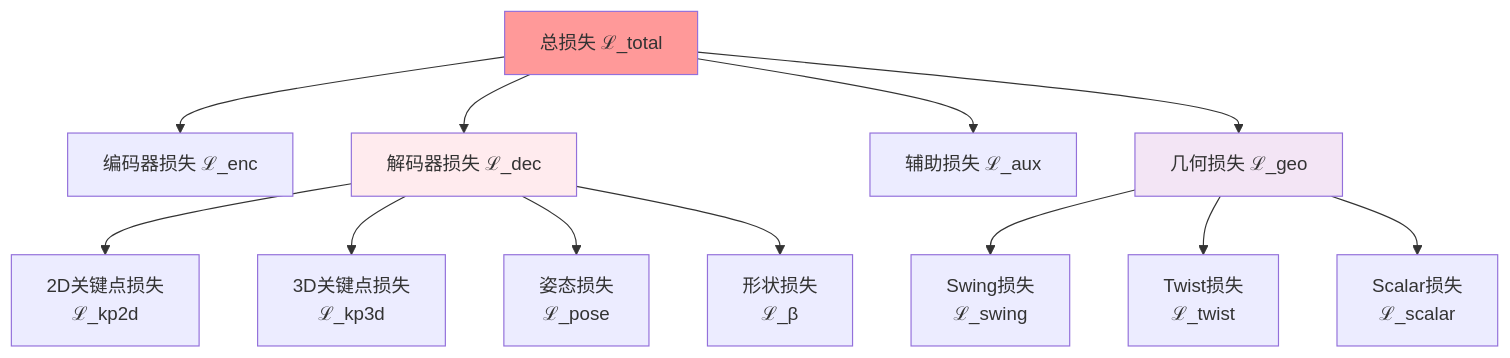
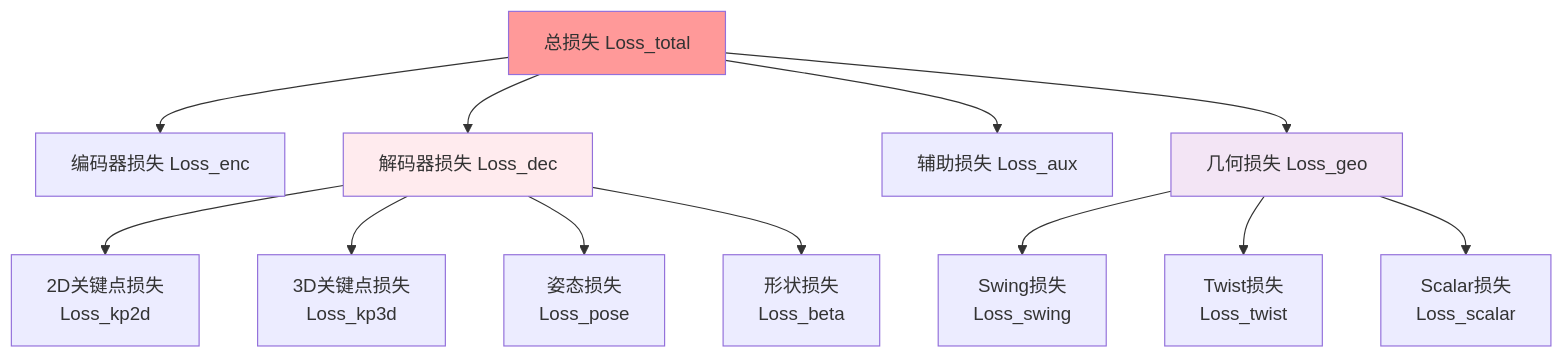
One commit to xhforever/Bio-OTSR changed the fourth of 8 diagrams in docs/ALGORITHM_FLOWCHART.md. Above: the diagram before and after it, drawn with Mermaid. The commit also changed other lines of this file and 693 other files, not shown here.

````diff
--- a/docs/ALGORITHM_FLOWCHART.md
+++ b/docs/ALGORITHM_FLOWCHART.md
@@ -525,20 +525,20 @@
 ```mermaid
 flowchart TB
-    TotalLoss["总损失 ℒ_total"] --> EncLoss["编码器损失 ℒ_enc"]
-    TotalLoss --> DecLoss["解码器损失 ℒ_dec"]
-    TotalLoss --> AuxLoss["辅助损失 ℒ_aux"]
-    TotalLoss --> GeoLoss["几何损失 ℒ_geo"]
+    TotalLoss["总损失 Loss_total"] --> EncLoss["编码器损失 Loss_enc"]
+    TotalLoss --> DecLoss["解码器损失 Loss_dec"]
+    TotalLoss --> AuxLoss["辅助损失 Loss_aux"]
+    TotalLoss --> GeoLoss["几何损失 Loss_geo"]
     
-    DecLoss --> L2D["2D关键点损失<br/>ℒ_kp2d"]
-    DecLoss --> L3D["3D关键点损失<br/>ℒ_kp3d"]
-    DecLoss --> LPose["姿态损失<br/>ℒ_pose"]
-    DecLoss --> LBeta["形状损失<br/>ℒ_β"]
+    DecLoss --> L2D["2D关键点损失<br/>Loss_kp2d"]
+    DecLoss --> L3D["3D关键点损失<br/>Loss_kp3d"]
+    DecLoss --> LPose["姿态损失<br/>Loss_pose"]
+    DecLoss --> LBeta["形状损失<br/>Loss_beta"]
     
-    GeoLoss --> LSwing["Swing损失<br/>ℒ_swing"]
-    GeoLoss --> LTwist["Twist损失<br/>ℒ_twist"]
-    GeoLoss --> LScalar["Scalar损失<br/>ℒ_scalar"]
+    GeoLoss --> LSwing["Swing损失<br/>Loss_swing"]
+    GeoLoss --> LTwist["Twist损失<br/>Loss_twist"]
+    GeoLoss --> LScalar["Scalar损失<br/>Loss_scalar"]
     
     style TotalLoss fill:#ff9999
     style DecLoss fill:#ffebee
     style GeoLoss fill:#f3e5f5
 ```
````
